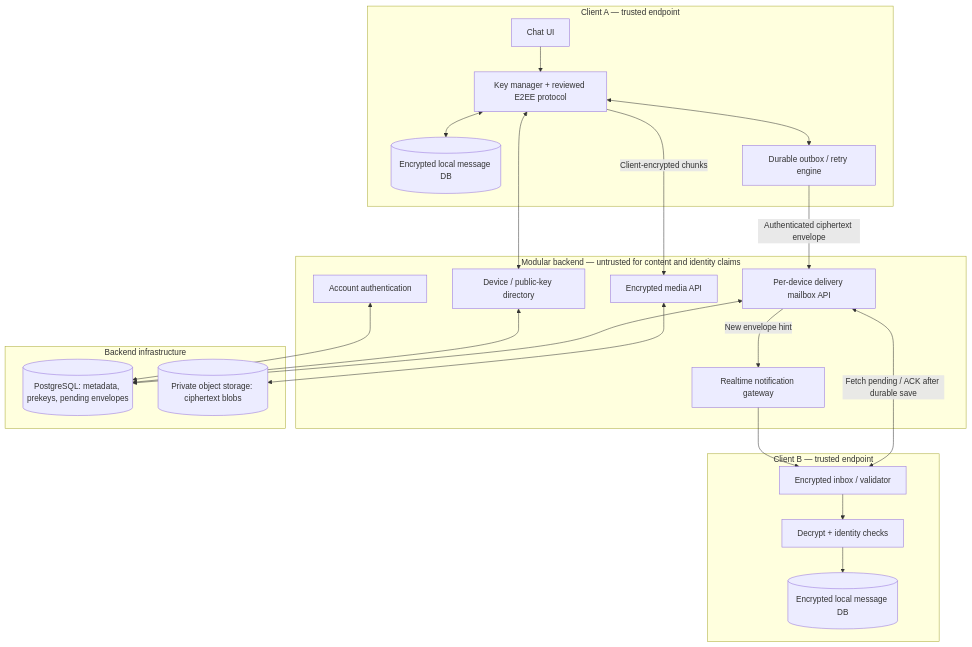
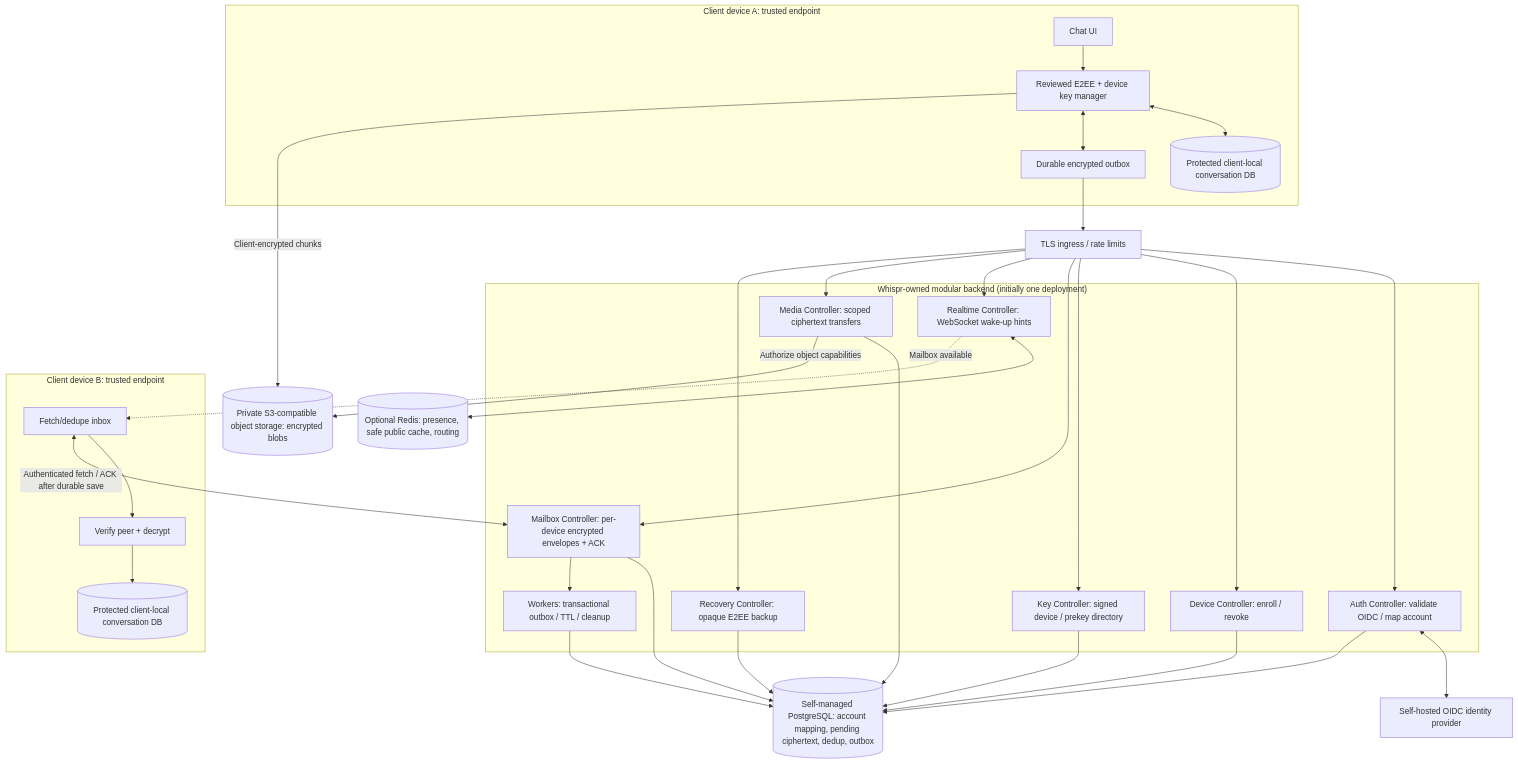
One commit to utksh1/Whispr changed the diagram in Docs/04_System_Architecture.md. Above: the diagram before and after it, drawn with Mermaid. The commit also changed other lines of this file, not shown here.

Commit message:
docs: depict Whispr-owned controllers and self-hosted infrastructure

````diff
--- a/Docs/04_System_Architecture.md
+++ b/Docs/04_System_Architecture.md
@@ -20,39 +20,43 @@
 ```mermaid
 flowchart TB
-  subgraph A["Client A — trusted endpoint"]
-    AUI["Chat UI"]
-    ACR["Key manager + reviewed E2EE protocol"]
-    ADB[("Encrypted local message DB")]
-    AO["Durable outbox / retry engine"]
-    AUI --> ACR
-    ACR <--> ADB
-    ACR <--> AO
+  subgraph S["Client device A: trusted endpoint"]
+    UI["Chat UI"]
+    CR["Reviewed E2EE + device key manager"]
+    DB[("Protected client-local conversation DB")]
+    OUT["Durable encrypted outbox"]
+    UI --> CR
+    CR <--> DB
+    CR <--> OUT
   end
-  subgraph B["Modular backend — untrusted for content and identity claims"]
-    AUTH["Account authentication"]
-    DIR["Device / public-key directory"]
-    DEL["Per-device delivery mailbox API"]
-    RT["Realtime notification gateway"]
-    MED["Encrypted media API"]
+  EDGE["TLS ingress / rate limits"]
+  IDP["Self-hosted OIDC identity provider"]
+  subgraph APP["Whispr-owned modular backend (initially one deployment)"]
+    AUTH["Auth Controller: validate OIDC / map account"]
+    DEV["Device Controller: enroll / revoke"]
+    KEYS["Key Controller: signed device / prekey directory"]
+    MAIL["Mailbox Controller: per-device encrypted envelopes + ACK"]
+    RT["Realtime Controller: WebSocket wake-up hints"]
+    MED["Media Controller: scoped ciphertext transfers"]
+    REC["Recovery Controller: opaque E2EE backup"]
+    WORK["Workers: transactional outbox / TTL / cleanup"]
   end
-  subgraph D["Backend infrastructure"]
-    PG[("PostgreSQL: metadata, prekeys, pending envelopes")]
-    OBJ[("Private object storage: ciphertext blobs")]
+  PG[("Self-managed PostgreSQL: account mapping, pending ciphertext, dedup, outbox")]
+  CACHE[("Optional Redis: presence, safe public cache, routing")]
+  OBJ[("Private S3-compatible object storage: encrypted blobs")]
+  subgraph R["Client device B: trusted endpoint"]
+    IN["Fetch/dedupe inbox"]
+    DEC["Verify peer + decrypt"]
+    RDB[("Protected client-local conversation DB")]
+    IN --> DEC --> RDB
   end
-  subgraph C["Client B — trusted endpoint"]
-    CI["Encrypted inbox / validator"]
-    CC["Decrypt + identity checks"]
-    CDB[("Encrypted local message DB")]
-    CI --> CC --> CDB
-  end
-  AO -->|"Authenticated ciphertext envelope"| DEL
-  ACR <--> DIR
-  AUTH <--> PG
-  DIR <--> PG
-  DEL <--> PG
-  DEL -->|"New envelope hint"| RT
-  RT --> CI
-  CI <-->|"Fetch pending / ACK after durable save"| DEL
-  ACR -->|"Client-encrypted chunks"| MED
-  MED <--> OBJ
+  OUT --> EDGE
+  EDGE --> AUTH & DEV & KEYS & MAIL & RT & MED & REC
+  AUTH <--> IDP
+  AUTH & DEV & KEYS & MAIL & MED & REC & WORK --> PG
+  RT <--> CACHE
+  MAIL --> WORK
+  RT -. "Mailbox available" .-> IN
+  IN <-->|"Authenticated fetch / ACK after durable save"| MAIL
+  CR -->|"Client-encrypted chunks"| OBJ
+  MED -->|"Authorize object capabilities"| OBJ
 ```
````
